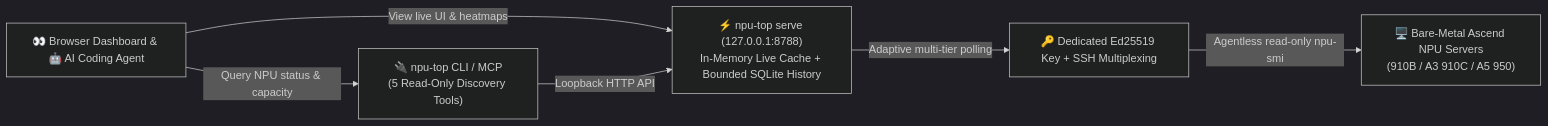
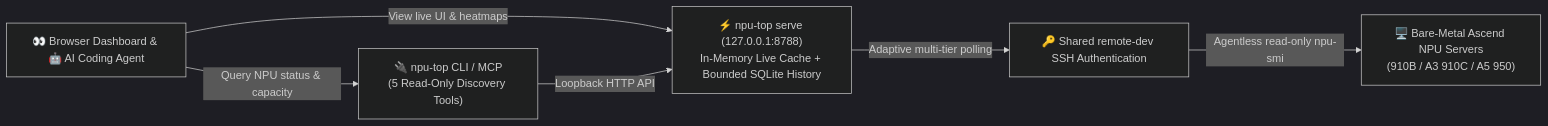
One commit to mindie-agent/npu-top changed the diagram in README.en.md. Above: the diagram before and after it, drawn with Mermaid (dark theme). The commit also changed other lines of this file and 24 other files, not shown here.

Commit message:
feat(auth): reuse remote-dev credentials for monitor connections

````diff
--- a/README.en.md
+++ b/README.en.md
@@ -40,14 +40,14 @@
 ```mermaid
 flowchart LR
     User["👀 Browser Dashboard & 🤖 AI Coding Agent"]
     Server["⚡ npu-top serve (127.0.0.1:8788)<br/>In-Memory Live Cache + Bounded SQLite History"]
     MCP["🔌 npu-top CLI / MCP<br/>(5 Read-Only Discovery Tools)"]
-    SSH["🔑 Dedicated Ed25519 Key + SSH Multiplexing"]
+    SSH["🔑 Shared remote-dev SSH Authentication"]
     Hosts["🖥️ Bare-Metal Ascend NPU Servers<br/>(910B / A3 910C / A5 950)"]
 
     User -->|"View live UI & heatmaps"| Server
     User -->|"Query NPU status & capacity"| MCP
     MCP -->|"Loopback HTTP API"| Server
     Server -->|"Adaptive multi-tier polling"| SSH
     SSH -->|"Agentless read-only npu-smi"| Hosts
 ```
````
